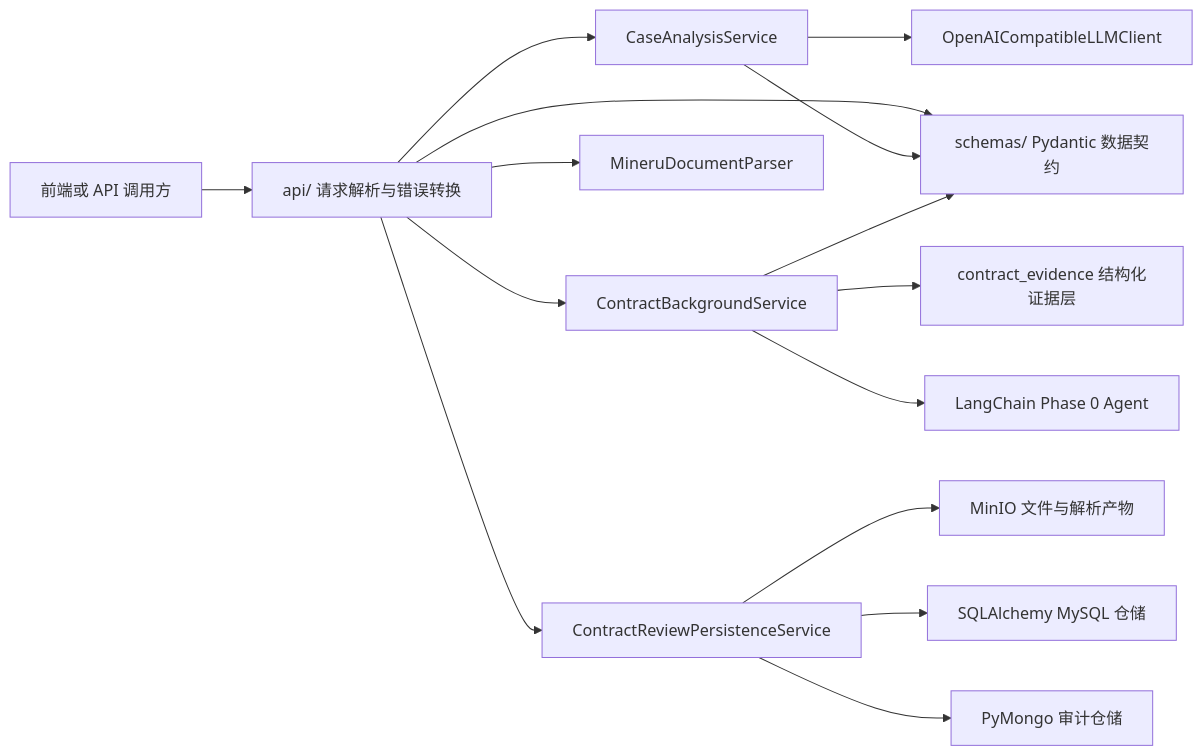
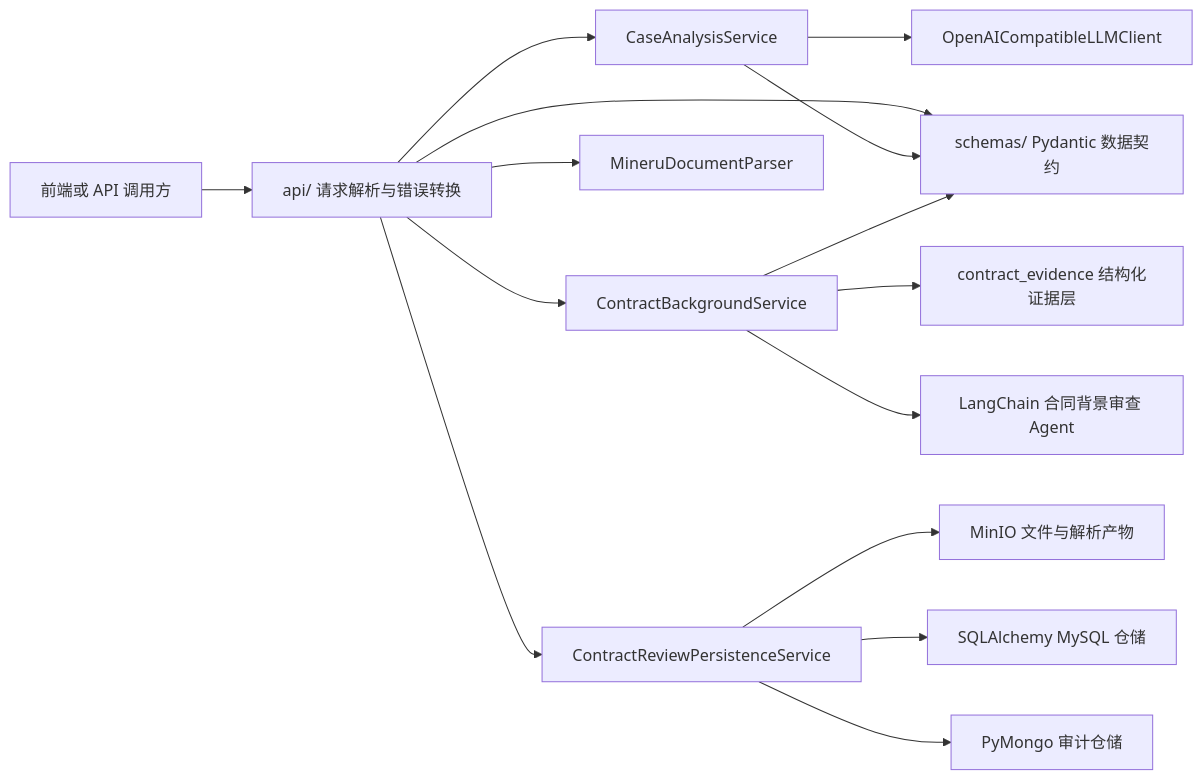
One commit to ZhuJia409/Legal_AI_Agent changed the diagram in backend/app/README.md. Above: the diagram before and after it, drawn with Mermaid. The commit also changed other lines of this file and 27 other files, not shown here.

````diff
--- a/backend/app/README.md
+++ b/backend/app/README.md
@@ -27,20 +27,20 @@
 ```mermaid
 flowchart LR
     Client["前端或 API 调用方"] --> API["api/ 请求解析与错误转换"]
     API --> Case["CaseAnalysisService"]
     API --> Contract["ContractBackgroundService"]
     API --> Parser["MineruDocumentParser"]
 
     Case --> DirectLLM["OpenAICompatibleLLMClient"]
     Contract --> Evidence["contract_evidence 结构化证据层"]
-    Contract --> Agent["LangChain Phase 0 Agent"]
+    Contract --> Agent["LangChain 合同背景审查 Agent"]
 
     API --> Persist["ContractReviewPersistenceService"]
     Persist --> MinIO["MinIO 文件与解析产物"]
     Persist --> SQLRepo["SQLAlchemy MySQL 仓储"]
     Persist --> MongoRepo["PyMongo 审计仓储"]
 
     API --> Schemas["schemas/ Pydantic 数据契约"]
     Case --> Schemas
     Contract --> Schemas
 ```
````
